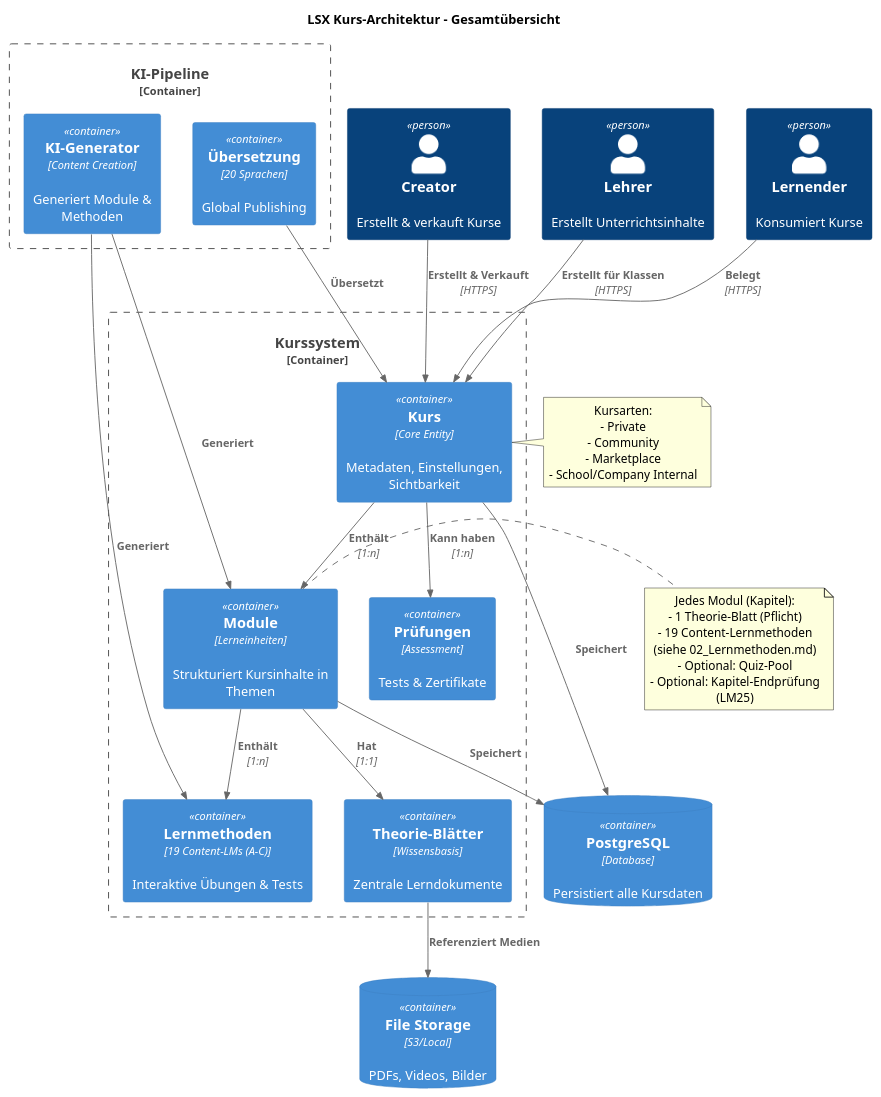
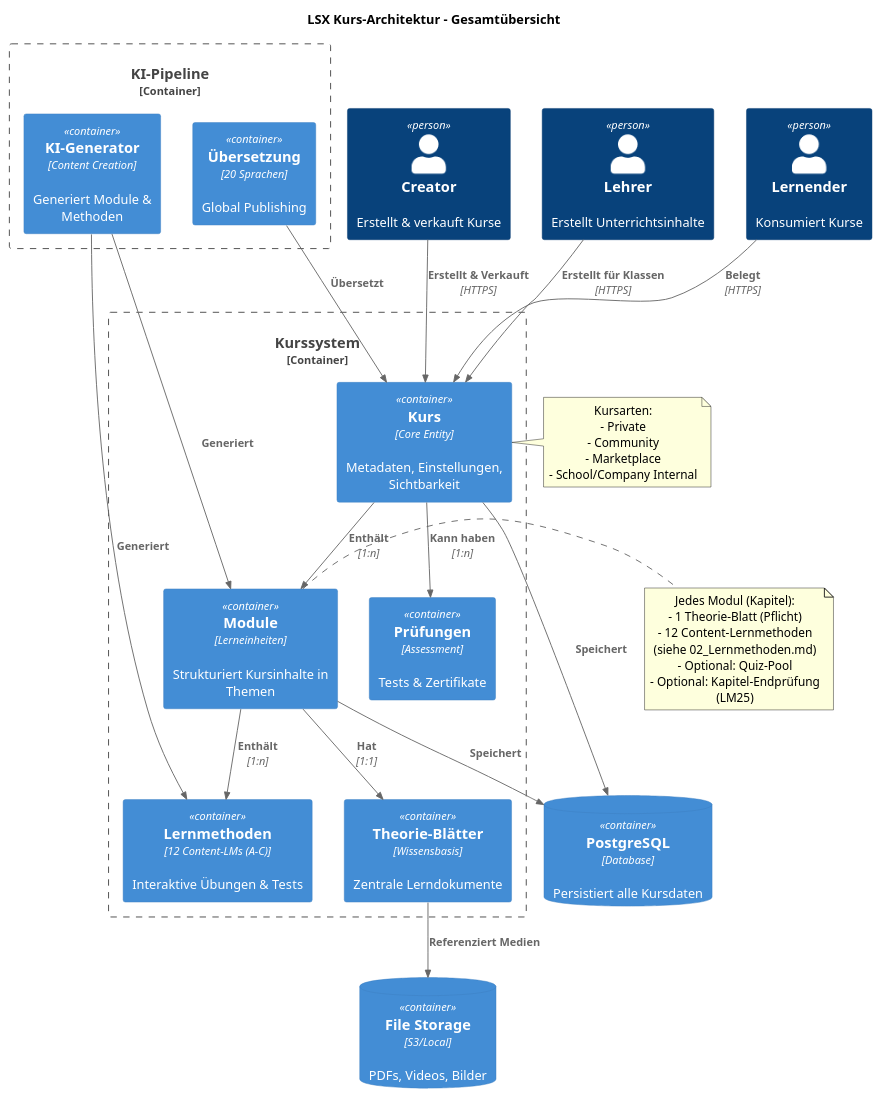
One commit to flokflok1/lernseite changed the first of 17 diagrams in LernsystemX-Doku/01_Core/04_Kurs-Architektur.md. Above: the diagram before and after it, drawn with PlantUML. The commit also changed other lines of this file and 1490 other files, not shown here.

````diff
--- a/LernsystemX-Doku/01_Core/04_Kurs-Architektur.md
+++ b/LernsystemX-Doku/01_Core/04_Kurs-Architektur.md
@@ -14,61 +14,61 @@
 ```plantuml
 @startuml
 !include https://raw.githubusercontent.com/plantuml-stdlib/C4-PlantUML/master/C4_Container.puml
 
 title LSX Kurs-Architektur - Gesamtübersicht
 
 Person(user, "Lernender", "Konsumiert Kurse")
 Person(creator, "Creator", "Erstellt & verkauft Kurse")
 Person(teacher, "Lehrer", "Erstellt Unterrichtsinhalte")
 
 Container_Boundary(course_system, "Kurssystem") {
     Container(course, "Kurs", "Core Entity", "Metadaten, Einstellungen, Sichtbarkeit")
     Container(modules, "Module", "Lerneinheiten", "Strukturiert Kursinhalte in Themen")
     Container(theory, "Theorie-Blätter", "Wissensbasis", "Zentrale Lerndokumente")
-    Container(methods, "Lernmethoden", "19 Content-LMs (A-C)", "Interaktive Übungen & Tests")
+    Container(methods, "Lernmethoden", "12 Content-LMs (A-C)", "Interaktive Übungen & Tests")
     Container(exams, "Prüfungen", "Assessment", "Tests & Zertifikate")
 }
 
 Container_Boundary(ki_system, "KI-Pipeline") {
     Container(ki_gen, "KI-Generator", "Content Creation", "Generiert Module & Methoden")
     Container(ki_trans, "Übersetzung", "20 Sprachen", "Global Publishing")
 }
 
 ContainerDb(db, "PostgreSQL", "Database", "Persistiert alle Kursdaten")
 ContainerDb(storage, "File Storage", "S3/Local", "PDFs, Videos, Bilder")
 
 Rel(user, course, "Belegt", "HTTPS")
 Rel(creator, course, "Erstellt & Verkauft", "HTTPS")
 Rel(teacher, course, "Erstellt für Klassen", "HTTPS")
 
 Rel(course, modules, "Enthält", "1:n")
 Rel(modules, theory, "Hat", "1:1")
 Rel(modules, methods, "Enthält", "1:n")
 Rel(course, exams, "Kann haben", "1:n")
 
 Rel(ki_gen, modules, "Generiert")
 Rel(ki_gen, methods, "Generiert")
 Rel(ki_trans, course, "Übersetzt")
 
 Rel(course, db, "Speichert")
 Rel(modules, db, "Speichert")
 Rel(theory, storage, "Referenziert Medien")
 
 note right of course
   Kursarten:
   - Private
   - Community
   - Marketplace
   - School/Company Internal
 end note
 
 note right of modules
   Jedes Modul (Kapitel):
   - 1 Theorie-Blatt (Pflicht)
-  - 19 Content-Lernmethoden (siehe 02_Lernmethoden.md)
+  - 12 Content-Lernmethoden (siehe 02_Lernmethoden.md)
   - Optional: Quiz-Pool
   - Optional: Kapitel-Endprüfung (LM25)
 end note
 
 @enduml
 ```
````
